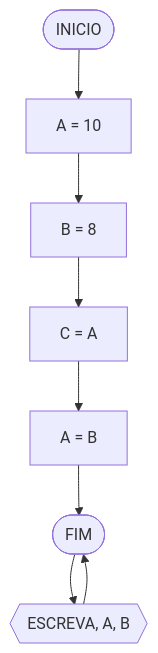
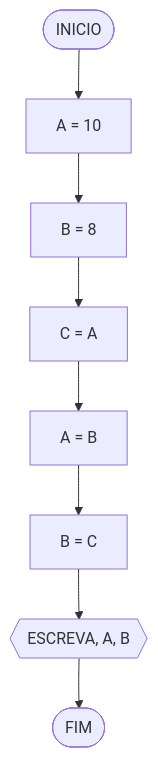
One commit to samuca2k18/unifor changed the first of 7 diagrams in RLA/AD.md. Above: the diagram before and after it, drawn with Mermaid.

````diff
--- a/RLA/AD.md
+++ b/RLA/AD.md
@@ -8,10 +8,10 @@
 ```mermaid
 flowchart TD
 A([INICIO]) --> B[A = 10]
 B --> C[B = 8]
 C --> D[C = A]
 D --> E[A = B]
 E --> F[B = C]
 F --> G{{ESCREVA, A, B}}
-G --> F([FIM])
+G --> Z([FIM])
 ```
````
